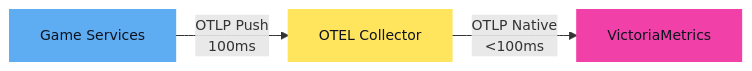
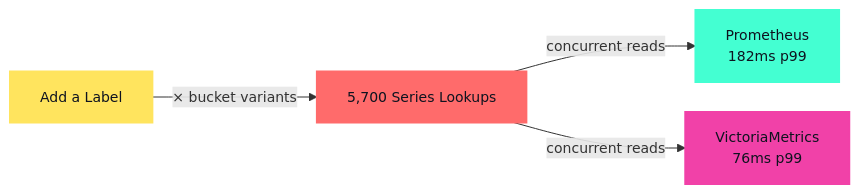
One commit to WatchMeJoustMyFlags/kubecon-material changed the fourth of 4 diagrams in cloud-native-linz-presentation/slides.md. Above: the diagram before and after it, drawn with Mermaid. The commit also changed other lines of this file, not shown here.

````diff
--- a/cloud-native-linz-presentation/slides.md
+++ b/cloud-native-linz-presentation/slides.md
@@ -444,10 +449,12 @@
 ```mermaid {scale:1}
 %%{init: {'themeVariables': {'fontSize': '14px'}, 'flowchart': {'nodeSpacing': 30, 'rankSpacing': 40}}}%%
 graph LR
-    Services[Game Services] -->|OTLP Push<br/>100ms| Collector[OTEL Collector]
-    Collector -->|OTLP Native<br/><100ms| VM[VictoriaMetrics]
+    Label[Add a Label] -->|× bucket variants| Series[5,700 Series Lookups]
+    Series -->|concurrent reads| Prom[Prometheus\n182ms p99]
+    Series -->|concurrent reads| VM[VictoriaMetrics\n76ms p99]
 
-    style Services fill:#5eadf2,stroke:#5eadf2,stroke-width:2px,color:#0e131f
-    style Collector fill:#ffe45e,stroke:#ffe45e,stroke-width:2px,color:#0e131f
+    style Label fill:#ffe45e,stroke:#ffe45e,stroke-width:2px,color:#0e131f
+    style Series fill:#ff6b6b,stroke:#ff6b6b,stroke-width:2px,color:#0e131f
+    style Prom fill:#44ffd2,stroke:#44ffd2,stroke-width:2px,color:#0e131f
     style VM fill:#f141a8,stroke:#f141a8,stroke-width:2px,color:#0e131f
 ```
````
